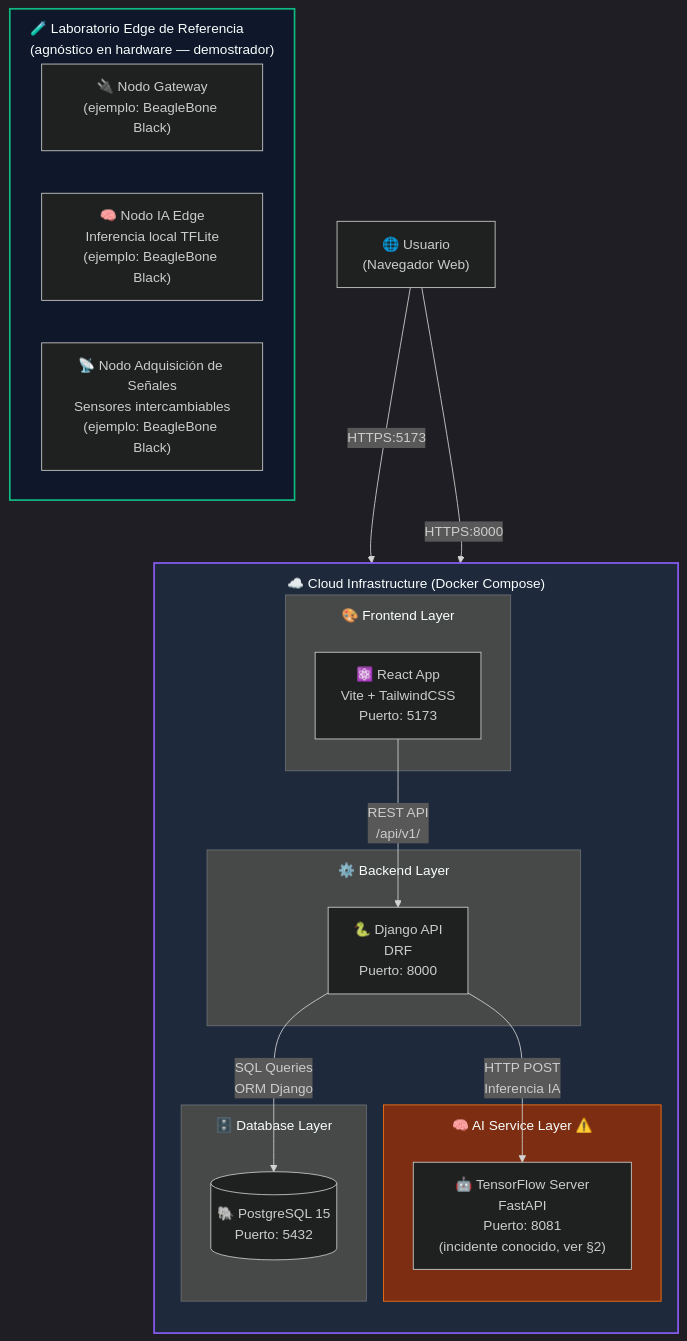
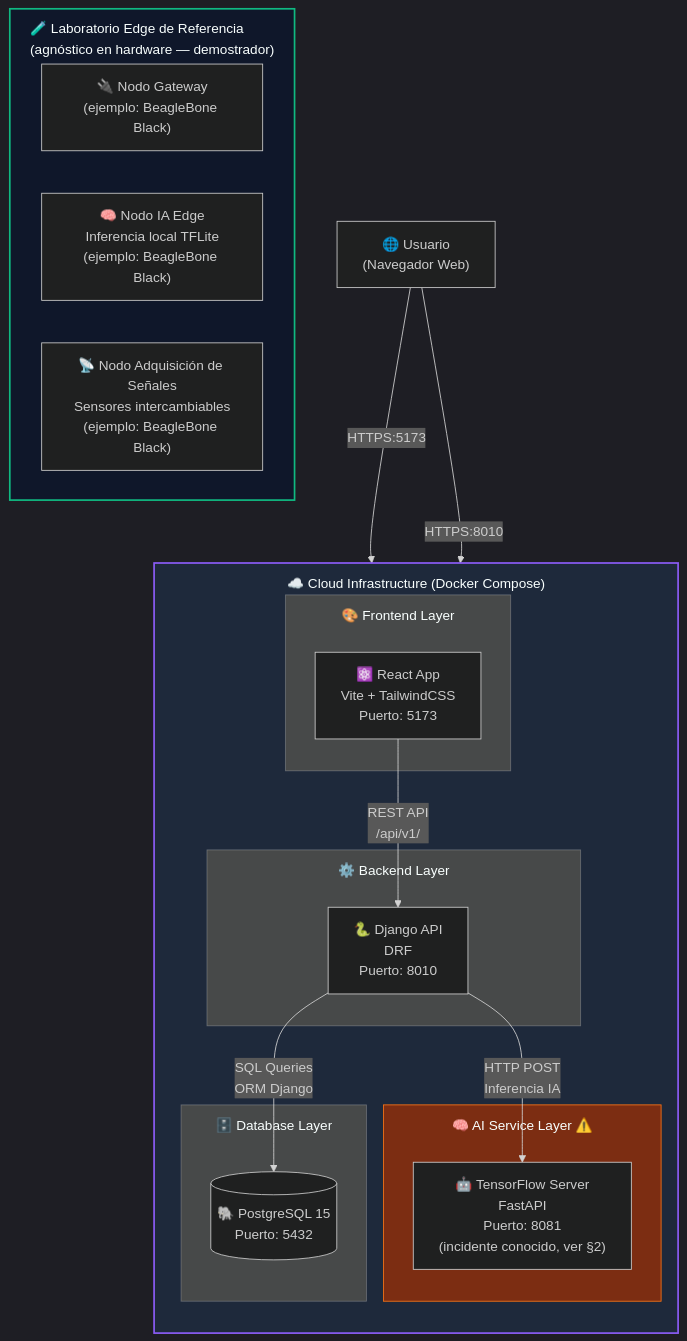
One commit to badolgm/sigcTiArural changed the fourth of 5 diagrams in README.md. Above: the diagram before and after it, drawn with Mermaid. The commit also changed other lines of this file and 3 other files, not shown here.

First line of the commit message:
docs(assets): fix Knowledge Hub status, container ports, and archive duplicate diagrams (Día 5, Parte 1)

````diff
--- a/README.md
+++ b/README.md
@@ -297,41 +297,41 @@
 ```mermaid
 %%{init: {'theme':'dark', 'flowchart': {'curve':'basis', 'subGraphTitleMargin': {'top': 12, 'bottom': 18}}}}%%
 flowchart TB
     U["🌐 Usuario<br/>(Navegador Web)"]
 
     subgraph cloud["☁️ Cloud Infrastructure (Docker Compose)"]
         direction TB
         subgraph frontend["🎨 Frontend Layer"]
             FE["⚛️ React App<br/>Vite + TailwindCSS<br/>Puerto: 5173"]
         end
 
         subgraph backend["⚙️ Backend Layer"]
-            API["🐍 Django API<br/>DRF<br/>Puerto: 8000"]
+            API["🐍 Django API<br/>DRF<br/>Puerto: 8010"]
         end
 
         subgraph ai["🧠 AI Service Layer ⚠️"]
             AIS["🤖 TensorFlow Server<br/>FastAPI<br/>Puerto: 8081<br/>(incidente conocido, ver §2)"]
         end
 
         subgraph db["🗄️ Database Layer"]
             DB[("🐘 PostgreSQL 15<br/>Puerto: 5432")]
         end
 
         FE -->|"REST API<br/>/api/v1/"| API
         API -->|"SQL Queries<br/>ORM Django"| DB
         API -->|"HTTP POST<br/>Inferencia IA"| AIS
     end
 
     subgraph edge["🧪 Laboratorio Edge de Referencia<br/>(agnóstico en hardware — demostrador)"]
         GW["🔌 Nodo Gateway<br/>(ejemplo: BeagleBone Black)"]
         IA_EDGE["🧠 Nodo IA Edge<br/>Inferencia local TFLite<br/>(ejemplo: BeagleBone Black)"]
         IOT["📡 Nodo Adquisición de Señales<br/>Sensores intercambiables<br/>(ejemplo: BeagleBone Black)"]
     end
 
     U -->|"HTTPS:5173"| FE
-    U -->|"HTTPS:8000"| API
+    U -->|"HTTPS:8010"| API
 
     style cloud fill:#1e293b,stroke:#8b5cf6,stroke-width:2px
     style edge fill:#0f172a,stroke:#10b981,stroke-width:2px
     style ai fill:#7c2d12,stroke:#f97316
 ```
````
